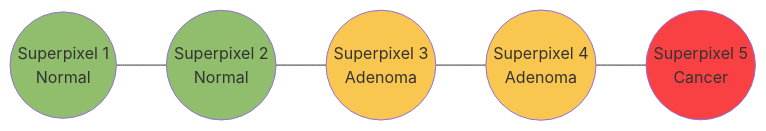
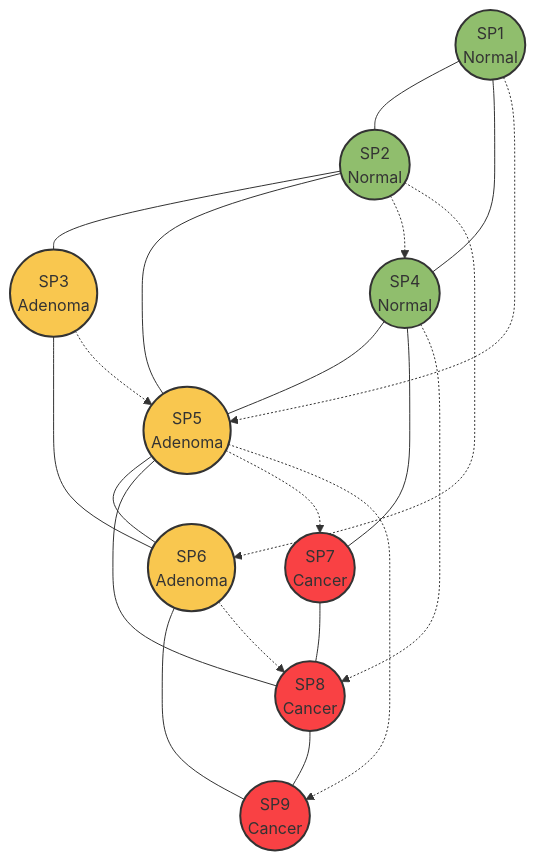
One commit to phiwi/graphnn_lecture changed diagram 17 of 17 in slides.md. Above: the diagram before and after it, drawn with Mermaid. The commit also changed other lines of this file, not shown here.

````diff
--- a/slides.md
+++ b/slides.md
@@ -1964,13 +1972,38 @@
 ```mermaid
-graph LR
-  SP1((Superpixel 1<br/>Normal)) --- SP2((Superpixel 2<br/>Normal))
-  SP2 --- SP3((Superpixel 3<br/>Adenoma))
-  SP3 --- SP4((Superpixel 4<br/>Adenoma))
-  SP4 --- SP5((Superpixel 5<br/>Cancer))
+graph TD
+  %% 3x3 Grid Layout
+  A1((SP1<br/>Normal)) --- A2((SP2<br/>Normal))
+  A1 --- B1((SP4<br/>Normal))
+  A2 --- A3((SP3<br/>Adenoma))
+  A2 --- B2((SP5<br/>Adenoma))
+  A3 --- B3((SP6<br/>Adenoma))
   
-  style SP1 fill:#90be6d
-  style SP2 fill:#90be6d
-  style SP3 fill:#f9c74f
-  style SP4 fill:#f9c74f
-  style SP5 fill:#f94144
+  B1 --- B2
+  B1 --- C1((SP7<br/>Cancer))
+  B2 --- B3
+  B2 --- C2((SP8<br/>Cancer))
+  B3 --- C3((SP9<br/>Cancer))
+  
+  C1 --- C2
+  C2 --- C3
+  
+  %% Add diagonal connections for more realistic adjacency
+  A1 -.-> B2
+  A2 -.-> B1
+  A2 -.-> B3
+  A3 -.-> B2
+  B1 -.-> C2
+  B2 -.-> C1
+  B2 -.-> C3
+  B3 -.-> C2
+  
+  style A1 fill:#90be6d,stroke:#333,stroke-width:2px
+  style A2 fill:#90be6d,stroke:#333,stroke-width:2px
+  style A3 fill:#f9c74f,stroke:#333,stroke-width:2px
+  style B1 fill:#90be6d,stroke:#333,stroke-width:2px
+  style B2 fill:#f9c74f,stroke:#333,stroke-width:2px
+  style B3 fill:#f9c74f,stroke:#333,stroke-width:2px
+  style C1 fill:#f94144,stroke:#333,stroke-width:2px
+  style C2 fill:#f94144,stroke:#333,stroke-width:2px
+  style C3 fill:#f94144,stroke:#333,stroke-width:2px
 ```
````
